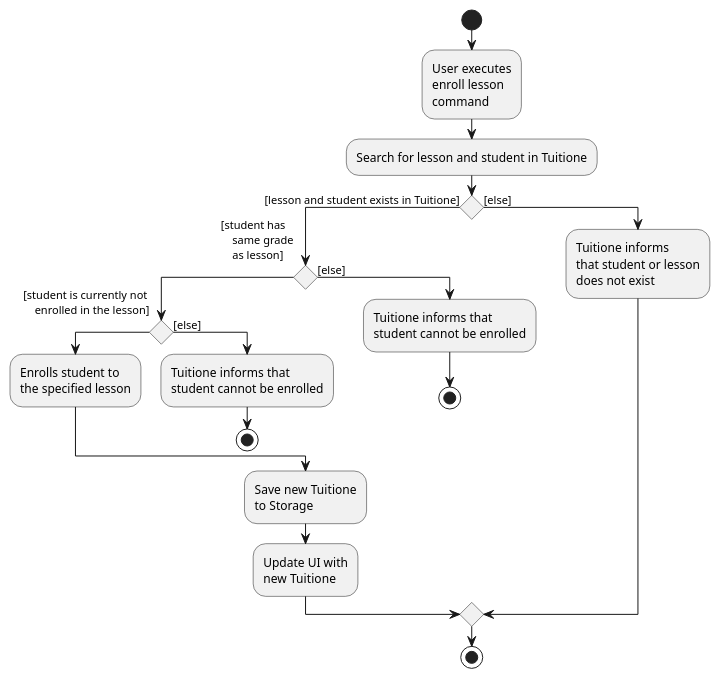
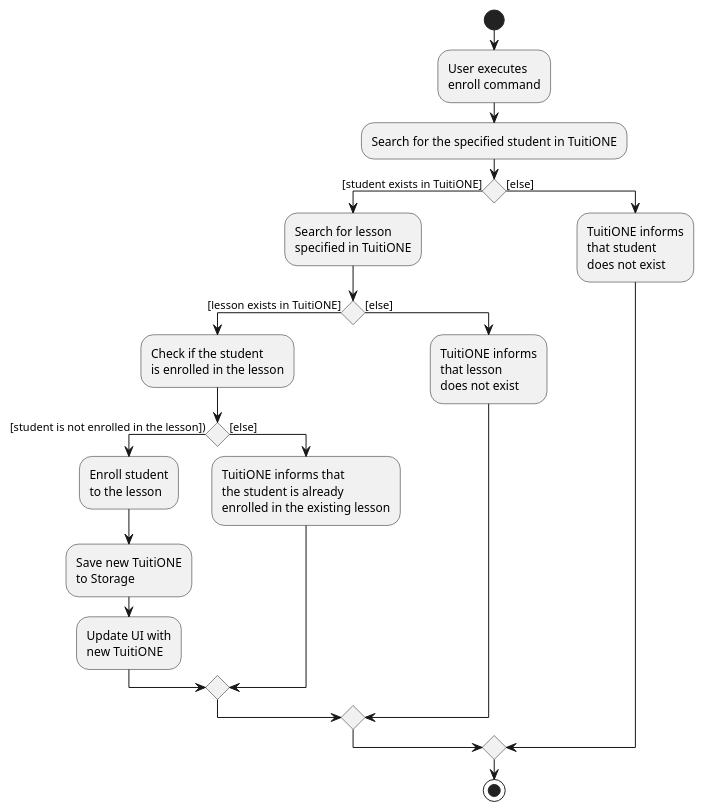
One commit to nus-cs2103-AY2122S1/tp changed the diagram in docs/diagrams/EnrollLessonActivityDiagram.puml. Above: the diagram before and after it, drawn with PlantUML. The commit also changed 6 other files, not shown here.

Commit message:
Updates to Enroll sequence and activity diagrams

```diff
--- a/docs/diagrams/EnrollLessonActivityDiagram.puml
+++ b/docs/diagrams/EnrollLessonActivityDiagram.puml
@@ -1,55 +1,58 @@
 @startuml
 start
 :User executes
-enroll lesson
-command;
+enroll command;
+
+'Since the beta syntax does not support placing the condition outside the
+'diamond we place it as the true branch instead.
+
+:Search for the specified student in TuitiONE;
+
+if () then ([student exists in TuitiONE])
+
+    :Search for lesson
+    specified in TuitiONE;
+
+    if () then ([lesson exists in TuitiONE])
+
+        :Check if the student
+        is enrolled in the lesson;
+
+        if () then ([student is not enrolled in the lesson]))
+
+            :Enroll student
+            to the lesson;
+
+            :Save new TuitiONE
+            to Storage;
+
+            :Update UI with
+            new TuitiONE;
+
+        else ([else])
 
 
-:Search for lesson and student in Tuitione;
+            :TuitiONE informs that
+            the student is already
+            enrolled in the existing lesson;
 
-if () then ([lesson and student exists in Tuitione])
-
-    if() then ([student has
-    same grade
-    as lesson]
-    )
-
-
-    if() then ([student is currently not
-    enrolled in the lesson]
-    )
-
-    :Enrolls student to
-    the specified lesson;
+        endif
 
     else ([else])
 
-    :Tuitione informs that
-    student cannot be enrolled;
-    stop
+        :TuitiONE informs
+        that lesson
+        does not exist;
+
     endif
-
-
-    else ([else])
-
-    :Tuitione informs that
-    student cannot be enrolled;
-    stop
-    endif
-
-    :Save new Tuitione
-    to Storage;
-
-    :Update UI with
-    new Tuitione;
 
 else ([else])
 
-    :Tuitione informs
-    that student or lesson
+    :TuitiONE informs
+    that student
     does not exist;
 
 endif
 
 stop
 @enduml
```
